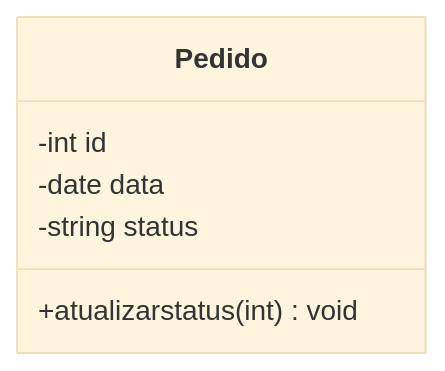
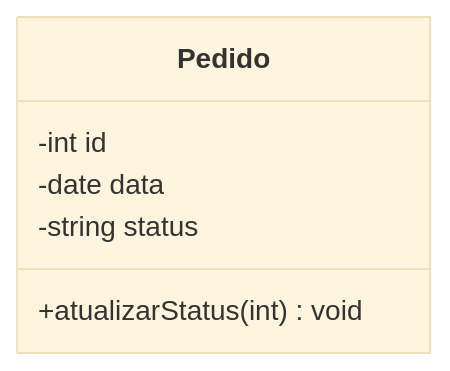
One commit to gabrielriosdias/poojavaceub-grupo2 changed the diagram in pedido.md. Above: the diagram before and after it, drawn with Mermaid (base theme).

````diff
--- a/pedido.md
+++ b/pedido.md
@@ -1,9 +1,9 @@
 ```mermaid
 classDiagram
  class Pedido {
         -int id
         -date data
         -string status
-        +atualizarstatus(int) void
+        +atualizarStatus(int) void
 }
 ```
````
